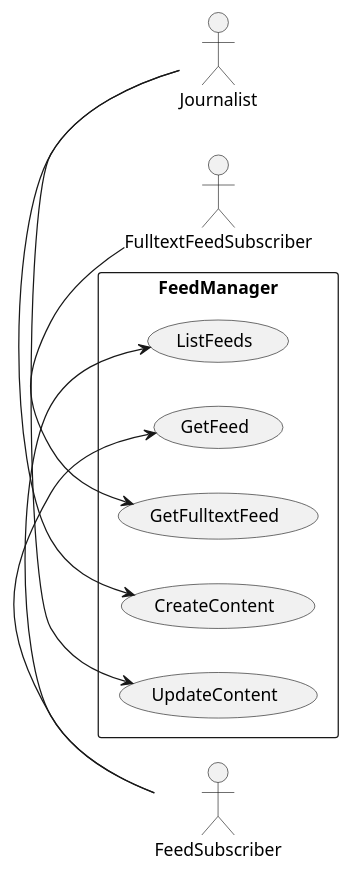
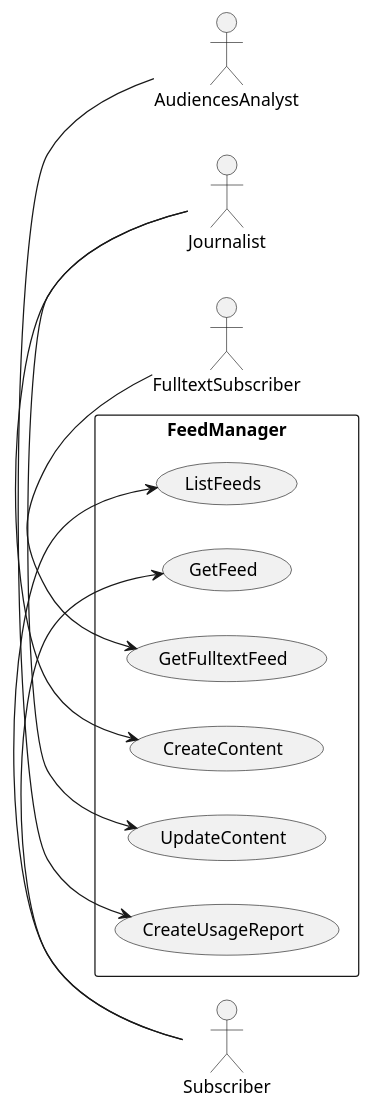
One commit to jamesdonoh/systemsdesign changed the diagram in usecases.pu. Above: the diagram before and after it, drawn with PlantUML. The commit also changed 2 other files, not shown here.

```diff
--- a/usecases.pu
+++ b/usecases.pu
@@ -1,16 +1,18 @@
 @startuml
 left to right direction
 
-actor FeedSubscriber
-actor FulltextFeedSubscriber
+actor Subscriber
+actor FulltextSubscriber
 actor Journalist
+actor AudiencesAnalyst
 
 rectangle FeedManager {
-  FeedSubscriber -> (ListFeeds)
-  FeedSubscriber -> (GetFeed)
-  FulltextFeedSubscriber -> (GetFulltextFeed)
+  Subscriber -> (ListFeeds)
+  Subscriber -> (GetFeed)
+  FulltextSubscriber -> (GetFulltextFeed)
   (CreateContent) <- Journalist
   (UpdateContent) <- Journalist
+  (CreateUsageReport) <- AudiencesAnalyst
 }
 
 @enduml
```
